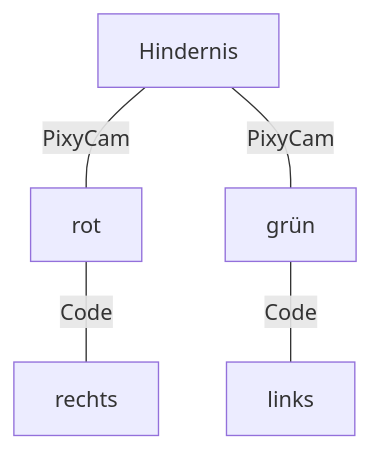
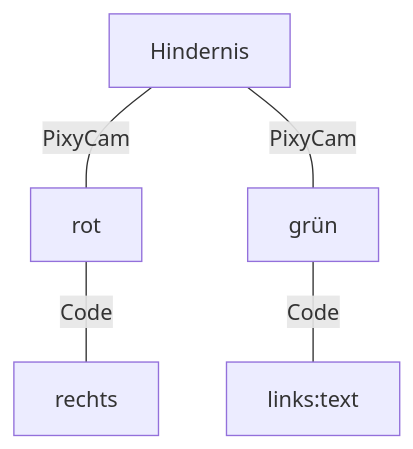
One commit to SchroedingersBit/PfortGTPanama changed the diagram in Programme/Hindernisrennen/README.md. Above: the diagram before and after it, drawn with Mermaid.

````diff
--- a/Programme/Hindernisrennen/README.md
+++ b/Programme/Hindernisrennen/README.md
@@ -4,4 +4,4 @@
 ```mermaid
 graph TB;Hindernis ---|PixyCam| rot--Code---rechts;
-Hindernis---|PixyCam| grün--Code---links
+Hindernis---|PixyCam| grün--Code---links:text
 ```
````
